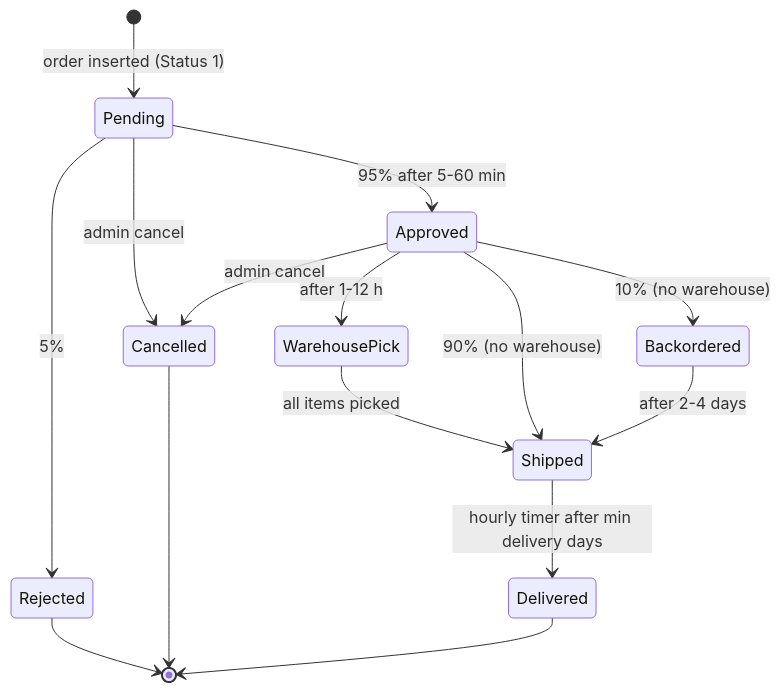
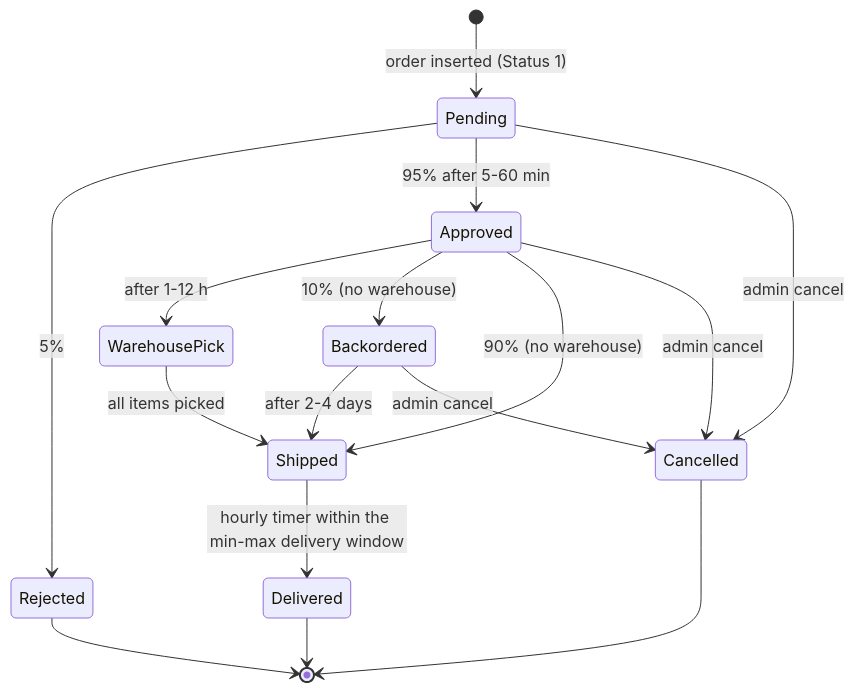
Before and after one commit to ahems/AdventureWorks: the first of 2 diagrams in docs/features/commerce/order-lifecycle.md, drawn with Mermaid. The commit also changed other lines of this file and 453 other files, not shown here.

````diff
--- a/docs/features/commerce/order-lifecycle.md
+++ b/docs/features/commerce/order-lifecycle.md
@@ -52,17 +52,18 @@
 ```mermaid
 stateDiagram-v2
   [*] --> Pending: order inserted (Status 1)
   Pending --> Rejected: 5%
   Pending --> Approved: 95% after 5-60 min
   Approved --> WarehousePick: after 1-12 h
   WarehousePick --> Shipped: all items picked
   Approved --> Backordered: 10% (no warehouse)
   Approved --> Shipped: 90% (no warehouse)
   Backordered --> Shipped: after 2-4 days
-  Shipped --> Delivered: hourly timer after min delivery days
+  Shipped --> Delivered: hourly timer within the min-max delivery window
   Pending --> Cancelled: admin cancel
   Approved --> Cancelled: admin cancel
+  Backordered --> Cancelled: admin cancel
   Rejected --> [*]
   Cancelled --> [*]
   Delivered --> [*]
 ```
````
